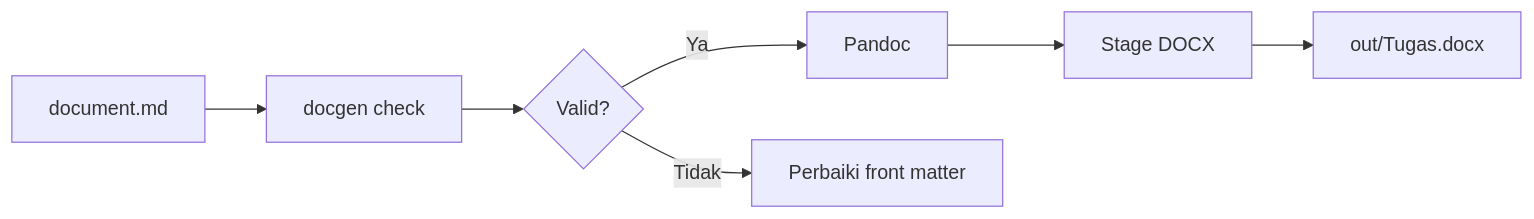
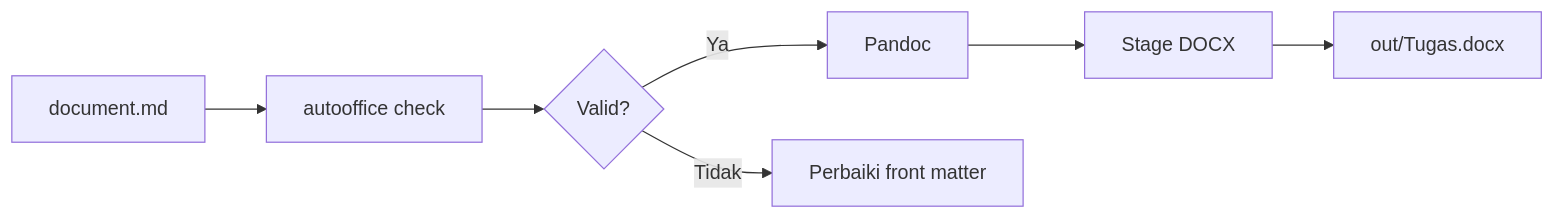
One commit to NioHast/docgen changed the first of 2 diagrams in examples/thesis-single/document.md. Above: the diagram before and after it, drawn with Mermaid. The commit also changed other lines of this file and 498 other files, not shown here.

````diff
--- a/examples/thesis-single/document.md
+++ b/examples/thesis-single/document.md
@@ -138,9 +138,9 @@
 ```{.mermaid caption="Alur validasi dan build dokumen"}
 flowchart LR
-  A[document.md] --> B[docgen check]
+  A[document.md] --> B[autooffice check]
   B --> C{Valid?}
   C -- Ya --> D[Pandoc]
   C -- Tidak --> E[Perbaiki front matter]
   D --> F[Stage DOCX]
   F --> G[out/Tugas.docx]
 ```
````
